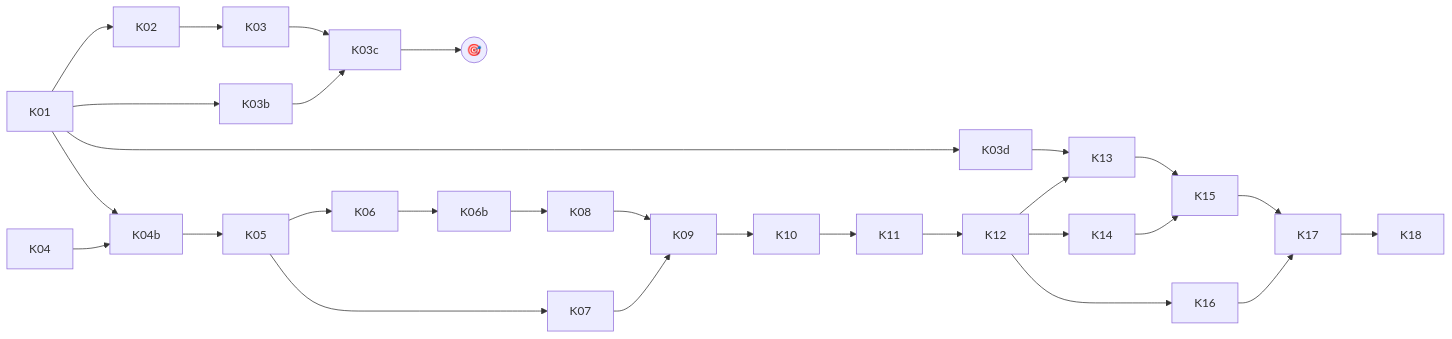
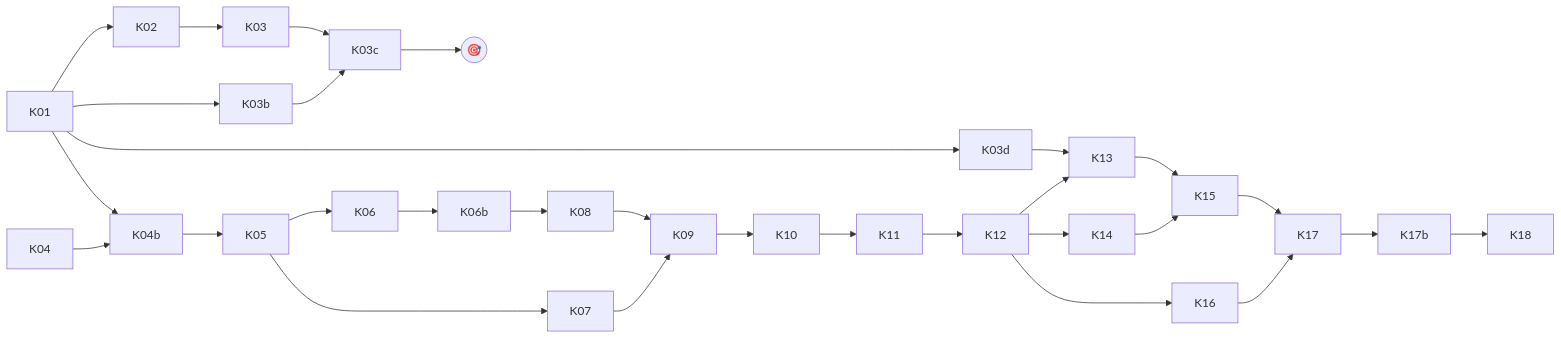
The diagram in PIPELINE_PROMPTS.md (qbolliet/trade-analysis), drawn with Mermaid before and after one commit. The commit also changed other lines of this file and 7 other files, not shown here.

Commit message:
docs: update architecture + prompts for synthetic data

````diff
--- a/PIPELINE_PROMPTS.md
+++ b/PIPELINE_PROMPTS.md
@@ -68,15 +77,15 @@
 ```mermaid
 flowchart LR
   K01 --> K02 --> K03 --> K03c
   K01 --> K03b --> K03c --> J((🎯))
   K01 --> K03d --> K13
   K04 --> K04b
   K01 --> K04b --> K05
   K05 --> K06 --> K06b --> K08
   K05 --> K07 --> K09
   K08 --> K09 --> K10 --> K11 --> K12
   K12 --> K13 --> K15
   K12 --> K14 --> K15
   K12 --> K16 --> K17
-  K15 --> K17 --> K18
+  K15 --> K17 --> K17b --> K18
 ```
````
